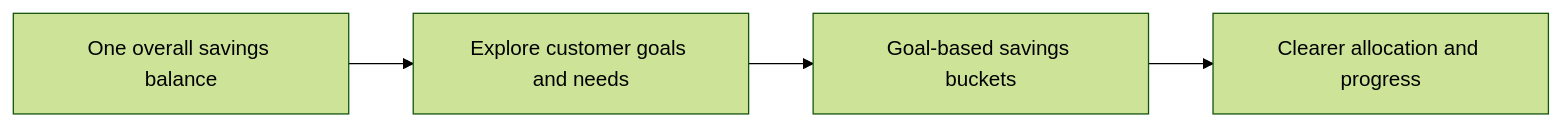
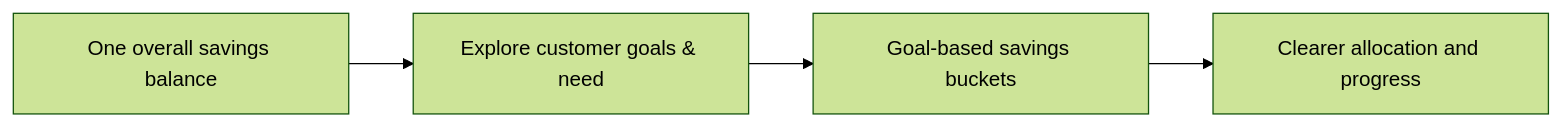
The first of 10 diagrams in docs/FDE_Discovery_Document.md (mphasis-dnyaneshk/savings-bucket-fde), drawn with Mermaid (forest theme) before and after one commit.

Commit message:
Added architecture .md document

````diff
--- a/docs/FDE_Discovery_Document.md
+++ b/docs/FDE_Discovery_Document.md
@@ -22,8 +22,8 @@
 ```mermaid
 flowchart LR
     challenge[One overall savings balance]
-    discovery[Explore customer goals and needs]
+    discovery[Explore customer goals & need ]
     concept[Goal-based savings buckets]
     value[Clearer allocation and progress]
     challenge --> discovery --> concept --> value
 ```
````
